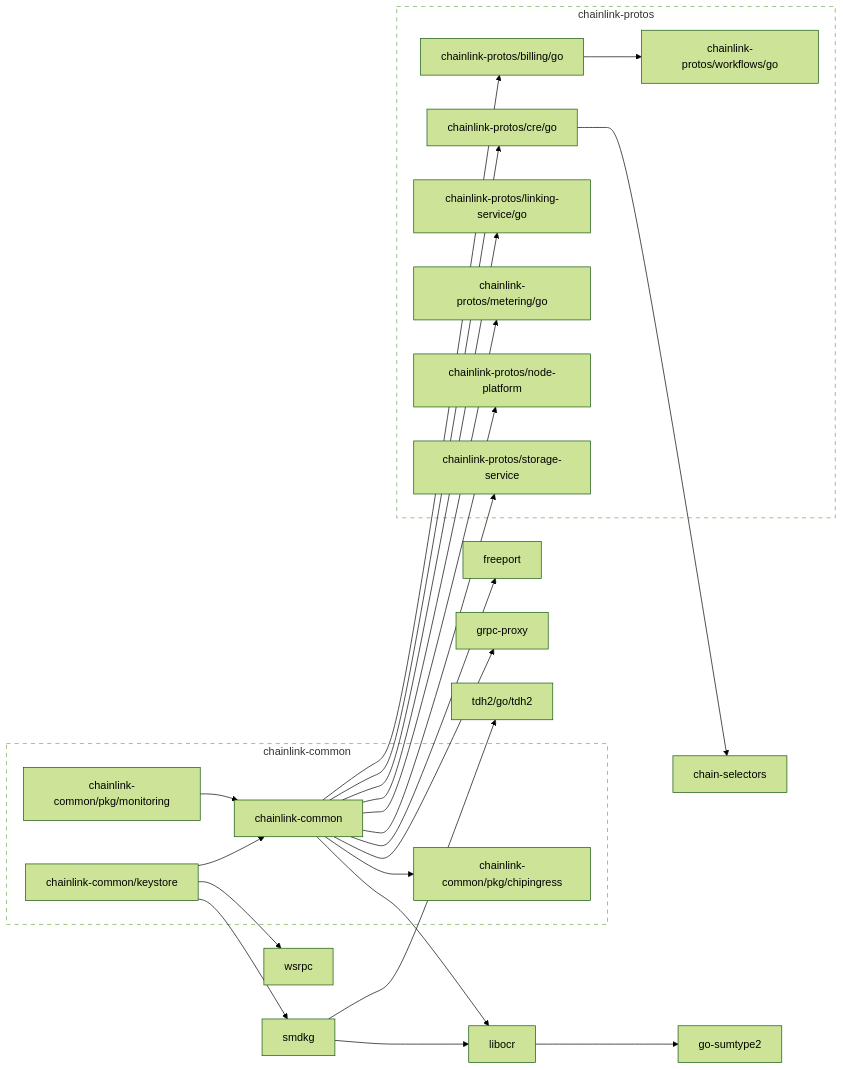
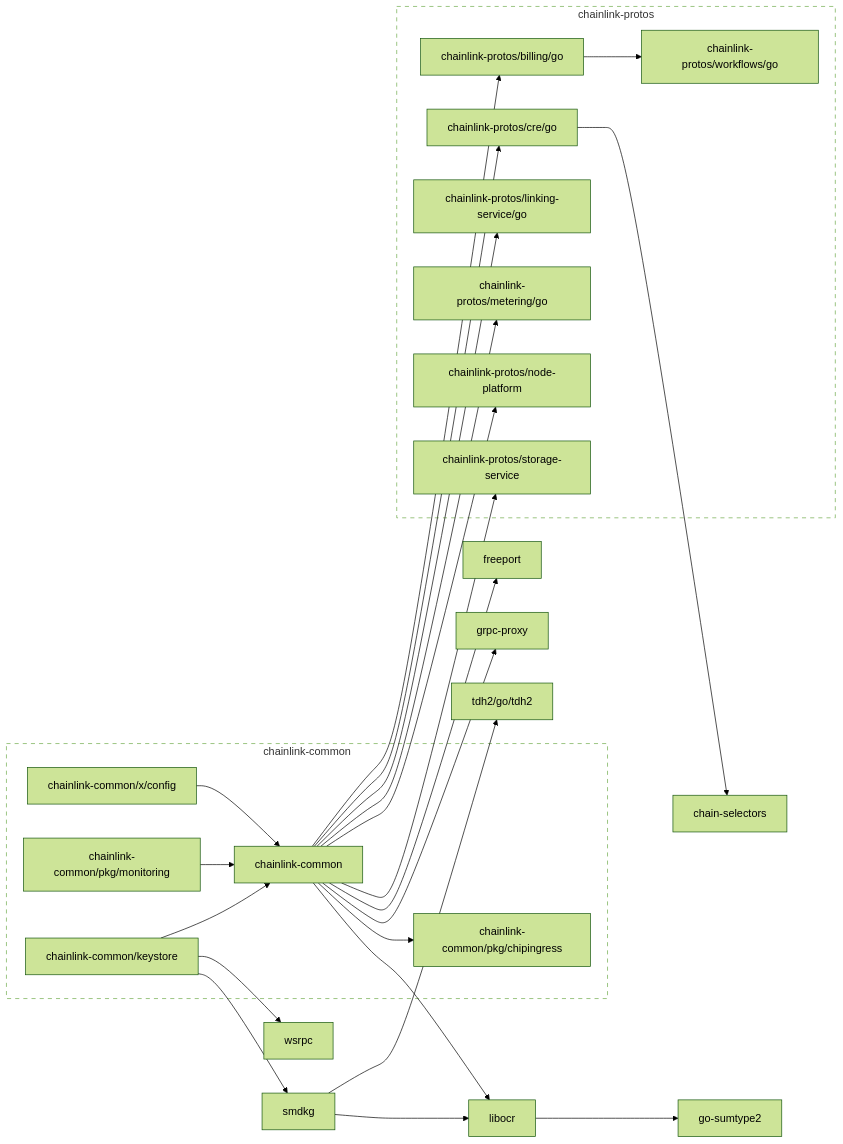
The diagram in go.md (smartcontractkit/chainlink-common), drawn with Mermaid (forest theme) before and after one commit. The commit also changed 35 other files, not shown here.

````diff
--- a/go.md
+++ b/go.md
@@ -2,76 +2,79 @@
 ```mermaid
 flowchart LR
 
 	chain-selectors
 	click chain-selectors href "https://github.com/smartcontractkit/chain-selectors"
 	chainlink-common --> chainlink-common/pkg/chipingress
 	chainlink-common --> chainlink-protos/billing/go
 	chainlink-common --> chainlink-protos/cre/go
 	chainlink-common --> chainlink-protos/linking-service/go
 	chainlink-common --> chainlink-protos/metering/go
 	chainlink-common --> chainlink-protos/node-platform
 	chainlink-common --> chainlink-protos/storage-service
 	chainlink-common --> freeport
 	chainlink-common --> grpc-proxy
 	chainlink-common --> libocr
 	click chainlink-common href "https://github.com/smartcontractkit/chainlink-common"
 	chainlink-common/keystore --> chainlink-common
 	chainlink-common/keystore --> smdkg
 	chainlink-common/keystore --> wsrpc
 	click chainlink-common/keystore href "https://github.com/smartcontractkit/chainlink-common"
 	chainlink-common/pkg/chipingress
 	click chainlink-common/pkg/chipingress href "https://github.com/smartcontractkit/chainlink-common"
 	chainlink-common/pkg/monitoring --> chainlink-common
 	click chainlink-common/pkg/monitoring href "https://github.com/smartcontractkit/chainlink-common"
+	chainlink-common/x/config --> chainlink-common
+	click chainlink-common/x/config href "https://github.com/smartcontractkit/chainlink-common"
 	chainlink-protos/billing/go --> chainlink-protos/workflows/go
 	click chainlink-protos/billing/go href "https://github.com/smartcontractkit/chainlink-protos"
 	chainlink-protos/cre/go --> chain-selectors
 	click chainlink-protos/cre/go href "https://github.com/smartcontractkit/chainlink-protos"
 	chainlink-protos/linking-service/go
 	click chainlink-protos/linking-service/go href "https://github.com/smartcontractkit/chainlink-protos"
 	chainlink-protos/metering/go
 	click chainlink-protos/metering/go href "https://github.com/smartcontractkit/chainlink-protos"
 	chainlink-protos/node-platform
 	click chainlink-protos/node-platform href "https://github.com/smartcontractkit/chainlink-protos"
 	chainlink-protos/storage-service
 	click chainlink-protos/storage-service href "https://github.com/smartcontractkit/chainlink-protos"
 	chainlink-protos/workflows/go
 	click chainlink-protos/workflows/go href "https://github.com/smartcontractkit/chainlink-protos"
 	freeport
 	click freeport href "https://github.com/smartcontractkit/freeport"
 	go-sumtype2
 	click go-sumtype2 href "https://github.com/smartcontractkit/go-sumtype2"
 	grpc-proxy
 	click grpc-proxy href "https://github.com/smartcontractkit/grpc-proxy"
 	libocr --> go-sumtype2
 	click libocr href "https://github.com/smartcontractkit/libocr"
 	smdkg --> libocr
 	smdkg --> tdh2/go/tdh2
 	click smdkg href "https://github.com/smartcontractkit/smdkg"
 	tdh2/go/tdh2
 	click tdh2/go/tdh2 href "https://github.com/smartcontractkit/tdh2"
 	wsrpc
 	click wsrpc href "https://github.com/smartcontractkit/wsrpc"
 
 	subgraph chainlink-common-repo[chainlink-common]
 		 chainlink-common
 		 chainlink-common/keystore
 		 chainlink-common/pkg/chipingress
 		 chainlink-common/pkg/monitoring
+		 chainlink-common/x/config
 	end
 	click chainlink-common-repo href "https://github.com/smartcontractkit/chainlink-common"
 
 	subgraph chainlink-protos-repo[chainlink-protos]
 		 chainlink-protos/billing/go
 		 chainlink-protos/cre/go
 		 chainlink-protos/linking-service/go
 		 chainlink-protos/metering/go
 		 chainlink-protos/node-platform
 		 chainlink-protos/storage-service
 		 chainlink-protos/workflows/go
 	end
 	click chainlink-protos-repo href "https://github.com/smartcontractkit/chainlink-protos"
 
 	classDef outline stroke-dasharray:6,fill:none;
 	class chainlink-common-repo,chainlink-protos-repo outline
 ```
````
